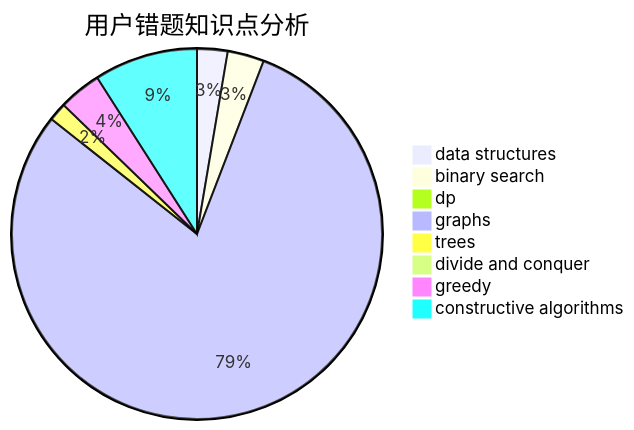
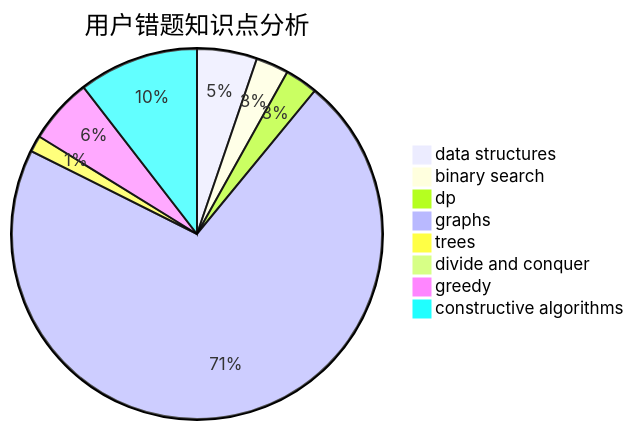
The third of 3 diagrams in docs/user/u2650.md (sherpahu/cfrs.github.io), drawn with Mermaid before and after one commit. The commit also changed other lines of this file and 2770 other files, not shown here.

````diff
--- a/docs/user/u2650.md
+++ b/docs/user/u2650.md
@@ -36,11 +36,11 @@
 ```mermaid
 pie title 用户错题知识点分析
-    "data structures" :  5
+    "data structures" :  11
     "binary search" :  6
-    "dp" :  1
+    "dp" :  6
     "graphs" :  150
     "trees" :  3
     "divide and conquer" :  0
-    "greedy" :  7
-    "constructive algorithms" :  17
+    "greedy" :  12
+    "constructive algorithms" :  22
 ```
````
